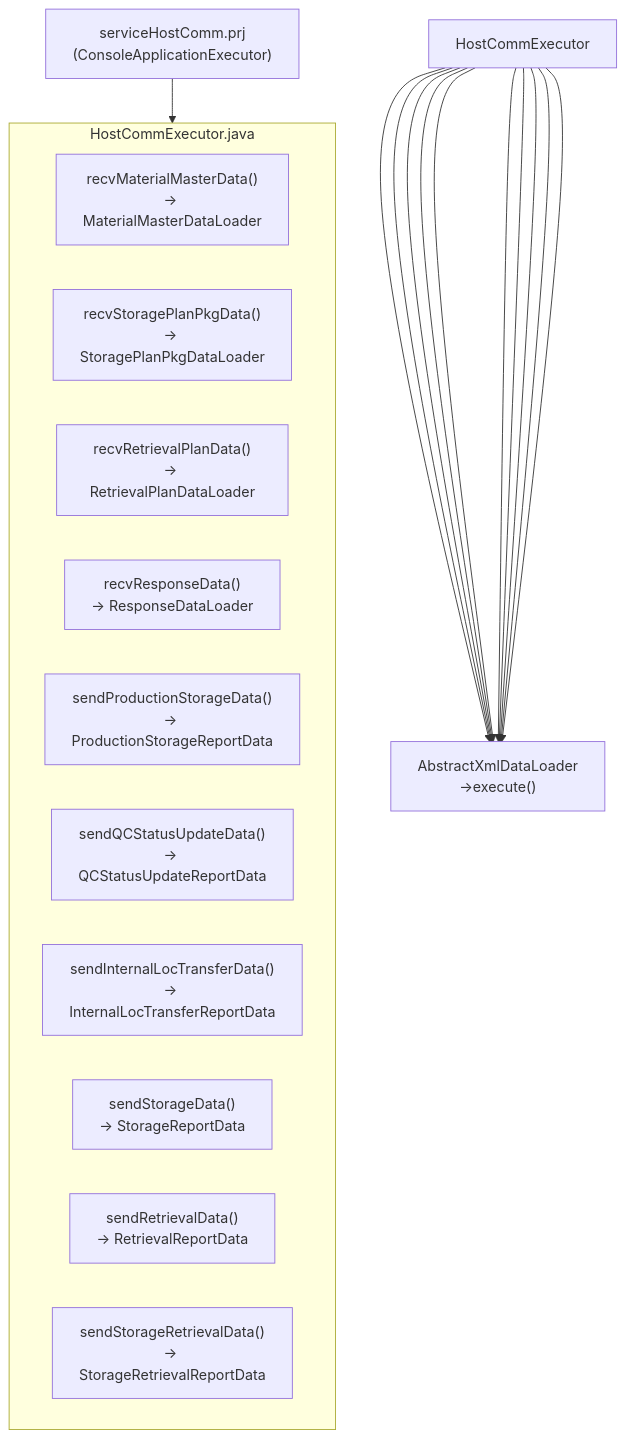
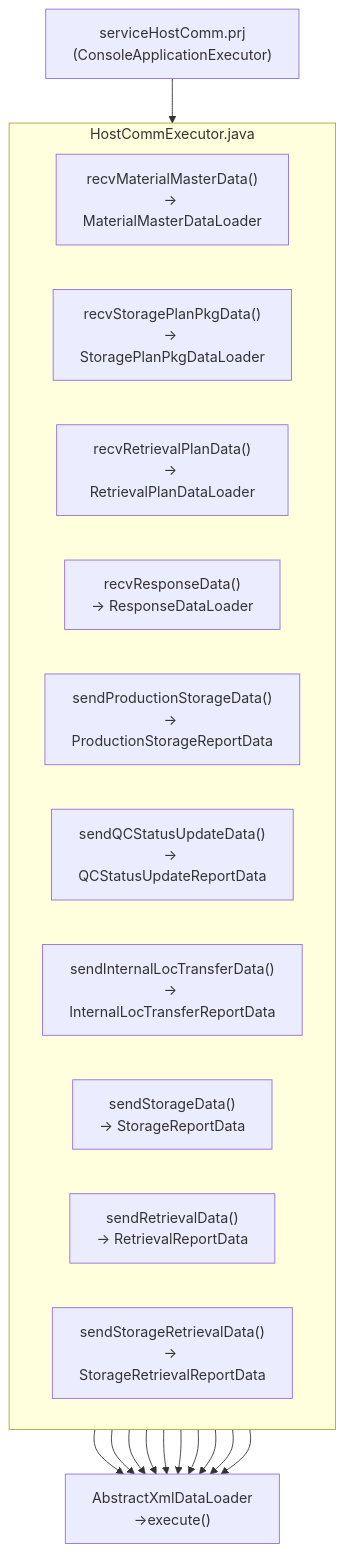
One commit to luthfiadityaa/SimeDarby-Wiki changed the diagram in Basic-Design/Host-Interfaces.md. Above: the diagram before and after it, drawn with Mermaid.

Commit message:
Updated Host Interfaces

```diff
--- a/Basic-Design/Host-Interfaces.md
+++ b/Basic-Design/Host-Interfaces.md
@@ -31,32 +31,32 @@
 ::: mermaid
 flowchart TD
         C1["serviceHostComm.prj<br>(ConsoleApplicationExecutor)"]       
     
         C1 --> HostCommExecutor.java
 
         C12["AbstractXmlDataLoader<br>→execute()"]
 
-        HostCommExecutor --> C12
-        HostCommExecutor --> C12
-        HostCommExecutor --> C12
-        HostCommExecutor --> C12
-        HostCommExecutor --> C12
-        HostCommExecutor --> C12
-        HostCommExecutor --> C12
-        HostCommExecutor --> C12
-        HostCommExecutor --> C12
-        HostCommExecutor --> C12
+        HostCommExecutor.java --> C12
+        HostCommExecutor.java --> C12
+        HostCommExecutor.java --> C12
+        HostCommExecutor.java --> C12
+        HostCommExecutor.java --> C12
+        HostCommExecutor.java --> C12
+        HostCommExecutor.java --> C12
+        HostCommExecutor.java --> C12
+        HostCommExecutor.java --> C12
+        HostCommExecutor.java --> C12
 
 subgraph HostCommExecutor.java
         C2["recvMaterialMasterData()<br>→ MaterialMasterDataLoader"]
         C3["recvStoragePlanPkgData()<br>→ StoragePlanPkgDataLoader"]
         C4["recvRetrievalPlanData()<br>→ RetrievalPlanDataLoader"]
         C5["recvResponseData()<br>→ ResponseDataLoader"]
         C6["sendProductionStorageData()<br>→ ProductionStorageReportData"]
         C7["sendQCStatusUpdateData()<br>→ QCStatusUpdateReportData"]
         C8["sendInternalLocTransferData()<br>→ InternalLocTransferReportData"]
         C9["sendStorageData()<br>→ StorageReportData"]
         C10["sendRetrievalData()<br>→ RetrievalReportData"]
         C11["sendStorageRetrievalData()<br>→ StorageRetrievalReportData"]
 end
 :::
```
